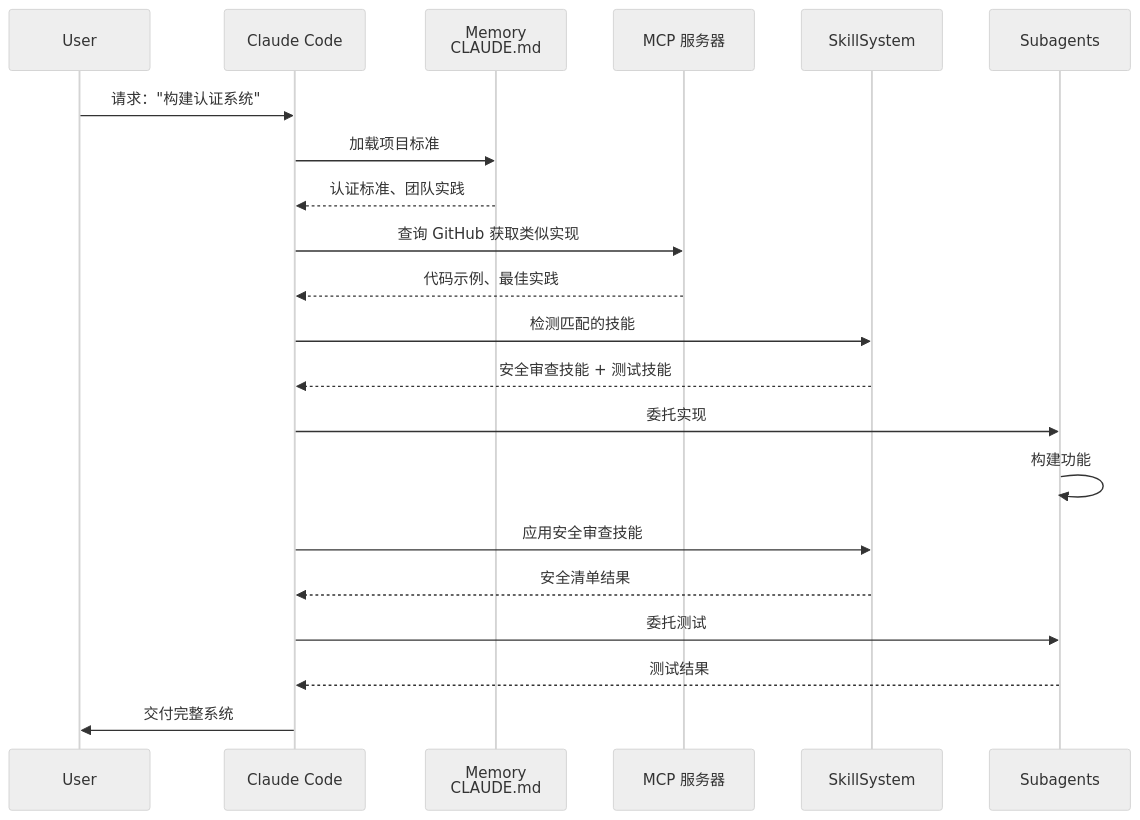
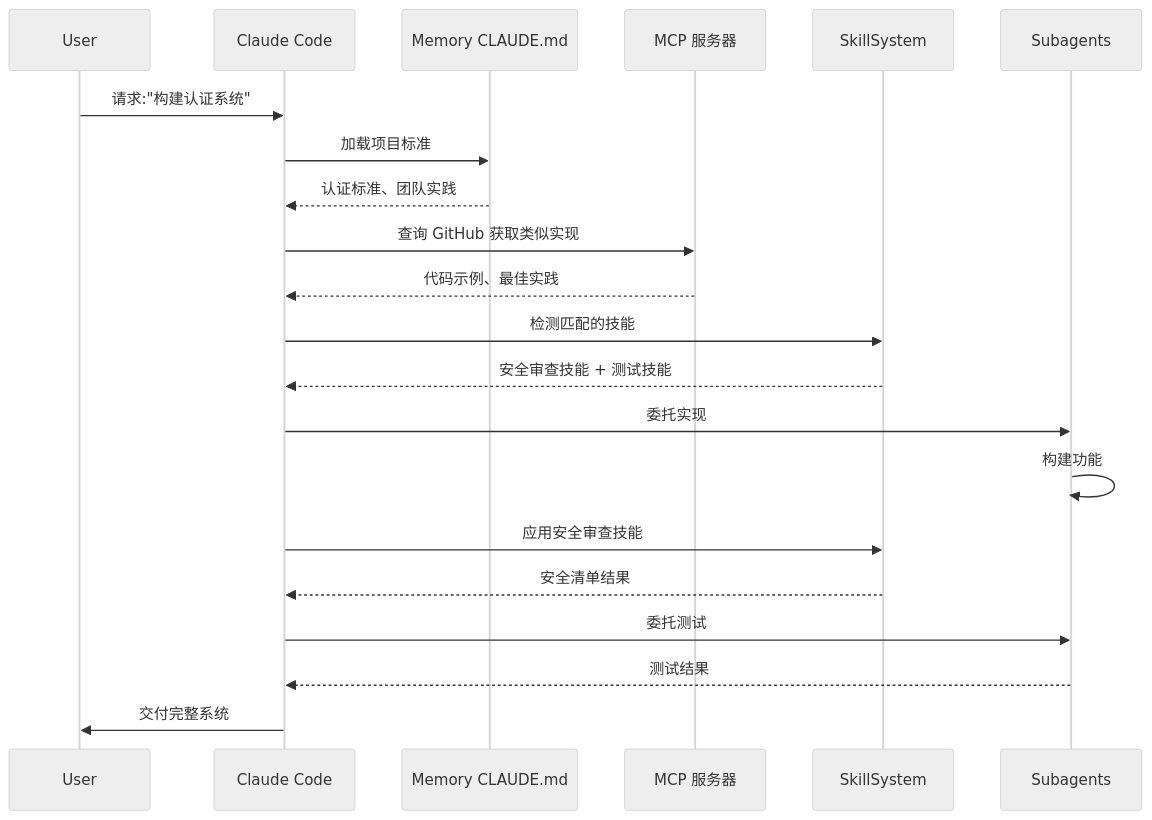
One commit to Rx782-Fss/claude-howto-zh changed diagram 29 of 31 in claude_concepts_guide.md. Above: the diagram before and after it, drawn with Mermaid (neutral theme). The commit also changed other lines of this file and 6 other files, not shown here.

Commit message:
fix: 清除 Mermaid 内所有全角标点/emoji/<br/> (最终修复)

````diff
--- a/claude_concepts_guide.md
+++ b/claude_concepts_guide.md
@@ -2685,24 +2685,24 @@
 ```mermaid
 sequenceDiagram
     participant User
     participant Claude as Claude Code
-    participant Memory as Memory<br/>CLAUDE.md
+    participant Memory as Memory CLAUDE.md
     participant MCP as MCP 服务器
     participant Skills as SkillSystem
     participant SubAgent as Subagents
 
-    User->>Claude: 请求："构建认证系统"
+    User->>Claude: 请求:"构建认证系统"
     Claude->>Memory: 加载项目标准
     Memory-->>Claude: 认证标准、团队实践
     Claude->>MCP: 查询 GitHub 获取类似实现
     MCP-->>Claude: 代码示例、最佳实践
     Claude->>Skills: 检测匹配的技能
     Skills-->>Claude: 安全审查技能 + 测试技能
     Claude->>SubAgent: 委托实现
     SubAgent->>SubAgent: 构建功能
     Claude->>Skills: 应用安全审查技能
     Skills-->>Claude: 安全清单结果
     Claude->>SubAgent: 委托测试
     SubAgent-->>Claude: 测试结果
     Claude->>User: 交付完整系统
 ```
````
